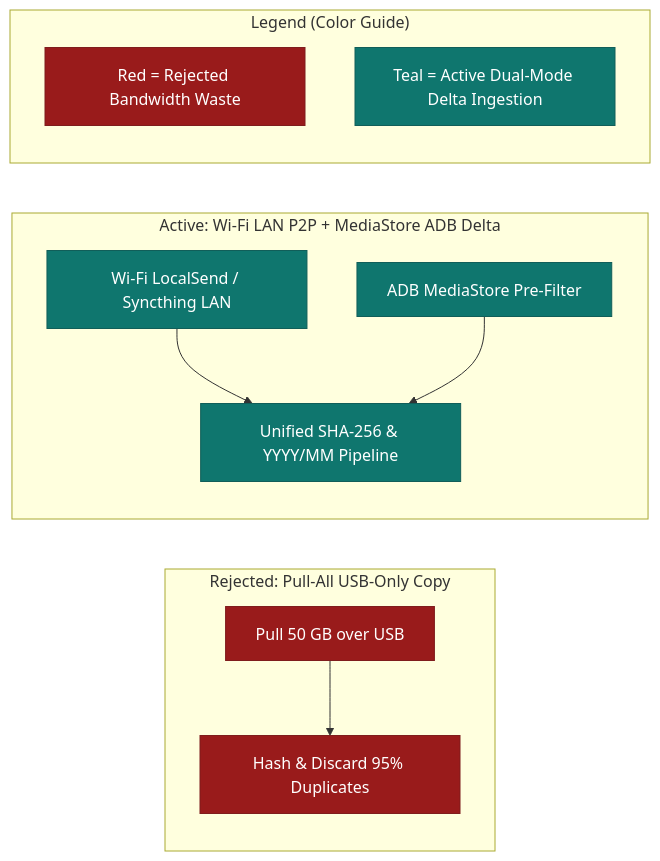
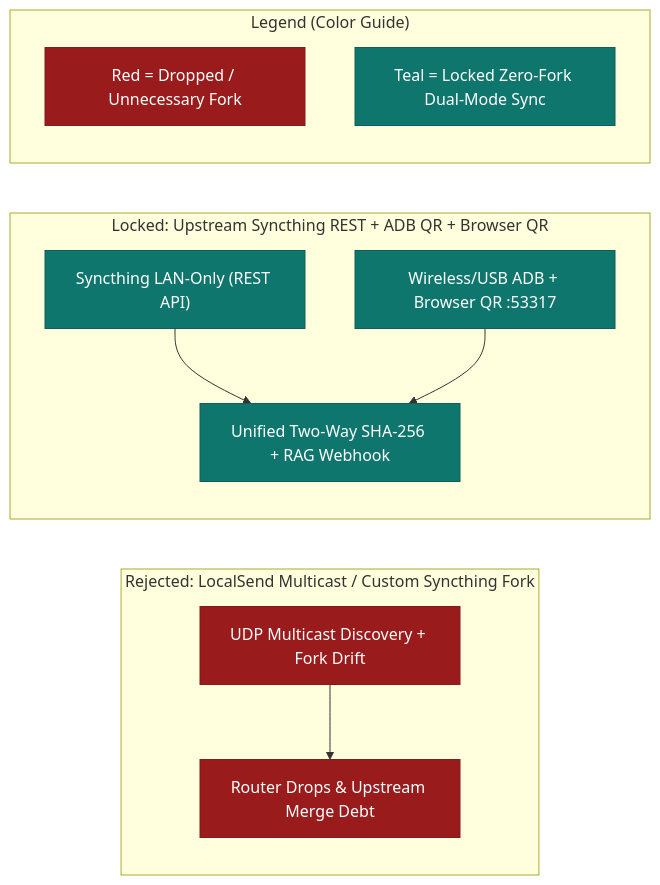
Before and after one commit to Mostakim2005/cloud-manager: the second of 2 diagrams in docs/DECISIONS_AND_TRAPS.md, drawn with Mermaid. The commit also changed other lines of this file and 4 other files, not shown here.

Commit message:
docs: lock Go+TS stack, Syncthing+ADB+QR sync, and v1 scope

````diff
--- a/docs/DECISIONS_AND_TRAPS.md
+++ b/docs/DECISIONS_AND_TRAPS.md
@@ -77,18 +44,18 @@
 ```mermaid
 flowchart LR
     classDef badNode fill:#991b1b,stroke:#7f1d1d,color:#ffffff
     classDef goodNode fill:#0f766e,stroke:#115e59,color:#ffffff
 
-    subgraph Failed["Rejected: Pull-All USB-Only Copy"]
-        A1["Pull 50 GB over USB"]:::badNode --> A2["Hash & Discard 95% Duplicates"]:::badNode
+    subgraph Failed["Rejected: LocalSend Multicast / Custom Syncthing Fork"]
+        A1["UDP Multicast Discovery + Fork Drift"]:::badNode --> A2["Router Drops & Upstream Merge Debt"]:::badNode
     end
-    subgraph Active["Active: Wi-Fi LAN P2P + MediaStore ADB Delta"]
-        B1["Wi-Fi LocalSend / Syncthing LAN"]:::goodNode --> B3["Unified SHA-256 & YYYY/MM Pipeline"]:::goodNode
-        B2["ADB MediaStore Pre-Filter"]:::goodNode --> B3
+    subgraph Active["Locked: Upstream Syncthing REST + ADB QR + Browser QR"]
+        B1["Syncthing LAN-Only (REST API)"]:::goodNode --> B3["Unified Two-Way SHA-256 + RAG Webhook"]:::goodNode
+        B2["Wireless/USB ADB + Browser QR :53317"]:::goodNode --> B3
     end
 
     subgraph Legend["Legend (Color Guide)"]
-        L1["Red = Rejected Bandwidth Waste"]:::badNode
-        L2["Teal = Active Dual-Mode Delta Ingestion"]:::goodNode
+        L1["Red = Dropped / Unnecessary Fork"]:::badNode
+        L2["Teal = Locked Zero-Fork Dual-Mode Sync"]:::goodNode
     end
 ```
````
